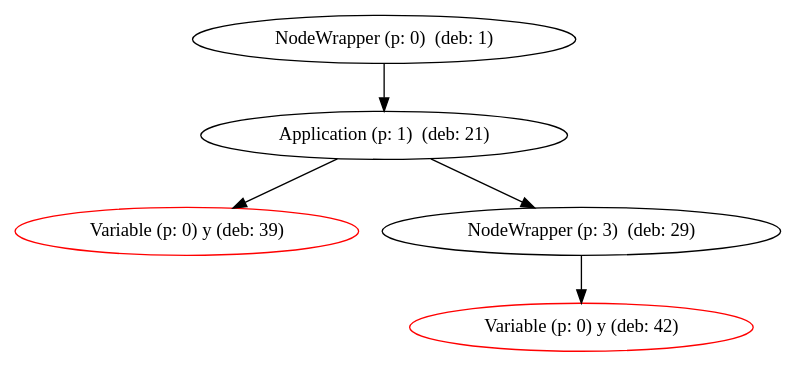
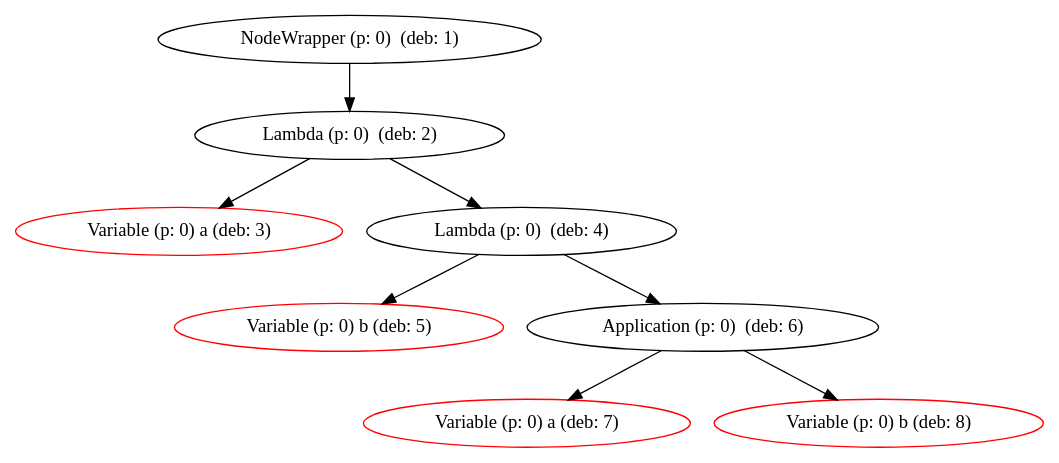
One commit to niki999922/Matlog changed the diagram in Lambda.dot. Above: the diagram before and after it, drawn with Graphviz. The commit also changed 39 other files, not shown here.

```diff
--- a/Lambda.dot
+++ b/Lambda.dot
@@ -1,12 +1,18 @@
 digraph Lambda {
-1066516207 [label="NodeWrapper (p: 0)  (deb: 1)"];
-1066516207 -> {693632176};
-693632176 [label="Application (p: 1)  (deb: 21)"];
-693632176 -> {1793329556};
-693632176 -> {1364335809};
-1793329556 [label="Variable (p: 0) y (deb: 39)", color=red];
-1364335809 [label="NodeWrapper (p: 3)  (deb: 29)"];
-1364335809 -> {721748895};
-721748895 [label="Variable (p: 0) y (deb: 42)", color=red];
+205797316 [label="NodeWrapper (p: 0)  (deb: 1)"];
+205797316 -> {812265671};
+812265671 [label="Lambda (p: 0)  (deb: 2)"];
+812265671 -> {193064360};
+812265671 -> {109961541};
+193064360 [label="Variable (p: 0) a (deb: 3)", color=red];
+109961541 [label="Lambda (p: 0)  (deb: 4)"];
+109961541 -> {670700378};
+109961541 -> {1190654826};
+670700378 [label="Variable (p: 0) b (deb: 5)", color=red];
+1190654826 [label="Application (p: 0)  (deb: 6)"];
+1190654826 -> {1109371569};
+1190654826 -> {728890494};
+1109371569 [label="Variable (p: 0) a (deb: 7)", color=red];
+728890494 [label="Variable (p: 0) b (deb: 8)", color=red];
 
 }
```
